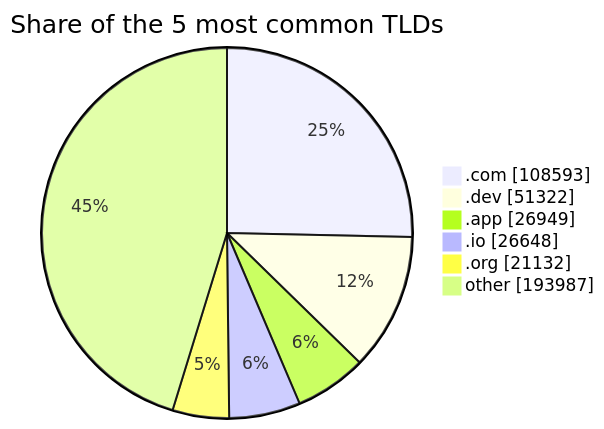
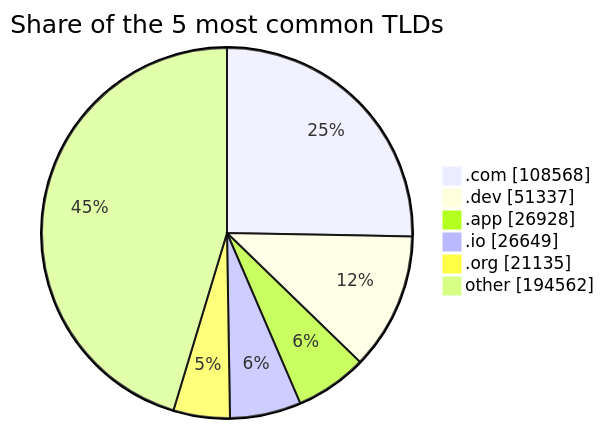
Before and after one commit to DNSBunker/CTI: the third of 3 diagrams in README.md, drawn with Mermaid. The commit also changed other lines of this file and 3 other files, not shown here.

````diff
--- a/README.md
+++ b/README.md
@@ -81,9 +81,9 @@
 ```mermaid
 pie showData title Share of the 5 most common TLDs
-    ".com" : 108593
-    ".dev" : 51322
-    ".app" : 26949
-    ".io" : 26648
-    ".org" : 21132
-    "other" : 193987
+    ".com" : 108568
+    ".dev" : 51337
+    ".app" : 26928
+    ".io" : 26649
+    ".org" : 21135
+    "other" : 194562
 ```
````
